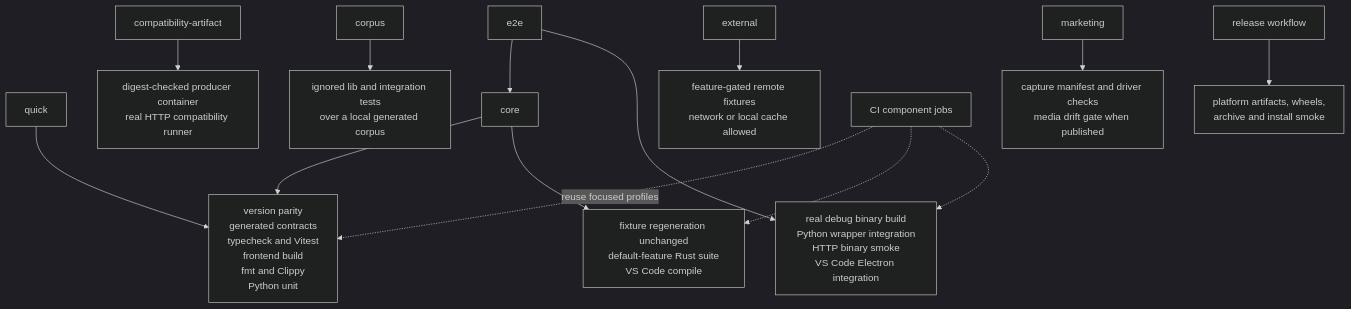
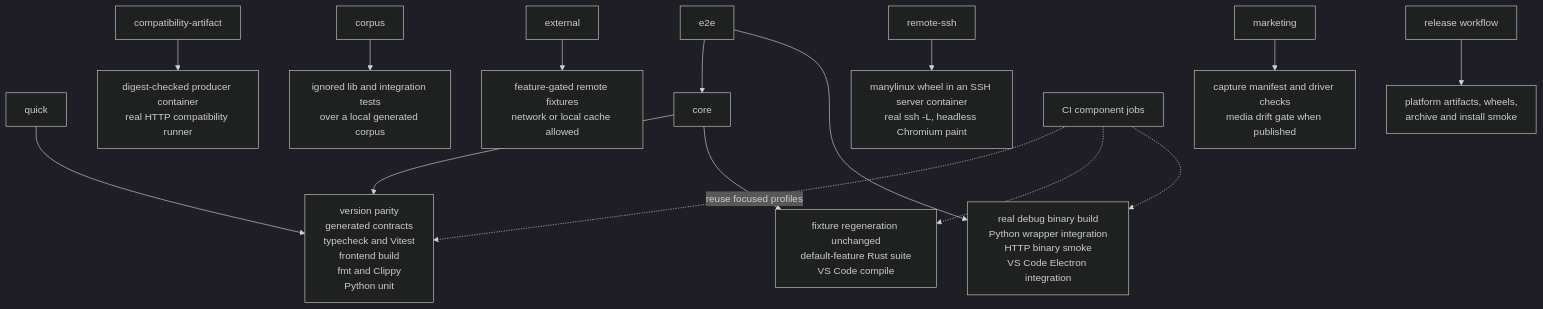
One commit to dcmview/dcmview changed the third of 3 diagrams in docs/architecture.md. Above: the diagram before and after it, drawn with Mermaid (dark theme). The commit also changed other lines of this file and 6 other files, not shown here.

First line of the commit message:
test(remote): run the remote-server workflow over real SSH

````diff
--- a/docs/architecture.md
+++ b/docs/architecture.md
@@ -698,16 +698,17 @@
 ```mermaid
 flowchart TD
     quick["quick"] --> qlayers["version parity<br/>generated contracts<br/>typecheck and Vitest<br/>frontend build<br/>fmt and Clippy<br/>Python unit"]
     core["core"] --> qlayers
     core --> clayers["fixture regeneration unchanged<br/>default-feature Rust suite<br/>VS Code compile"]
     e2e["e2e"] --> core
     e2e --> elayers["real debug binary build<br/>Python wrapper integration<br/>HTTP binary smoke<br/>VS Code Electron integration"]
     artifact["compatibility-artifact"] --> alayers["digest-checked producer container<br/>real HTTP compatibility runner"]
     corpus["corpus"] --> players["ignored lib and integration tests<br/>over a local generated corpus"]
     external["external"] --> xlayers["feature-gated remote fixtures<br/>network or local cache allowed"]
+    remote["remote-ssh"] --> slayers["manylinux wheel in an SSH server container<br/>real ssh -L, headless Chromium paint"]
     marketing["marketing"] --> mlayers["capture manifest and driver checks<br/>media drift gate when published"]
     ci["CI component jobs"] -. "reuse focused profiles" .-> qlayers
     ci -.-> clayers
     ci -.-> elayers
     release["release workflow"] --> rlayers["platform artifacts, wheels,<br/>archive and install smoke"]
 ```
````
